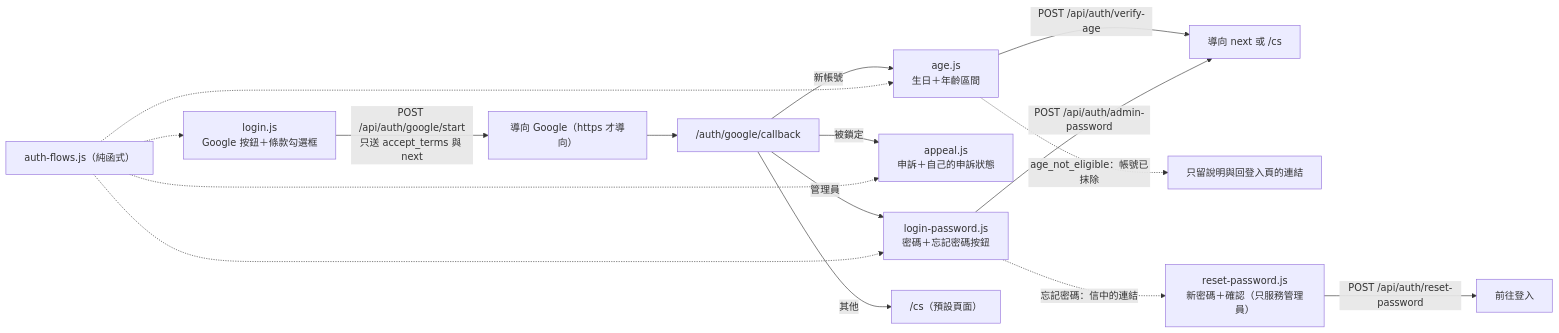
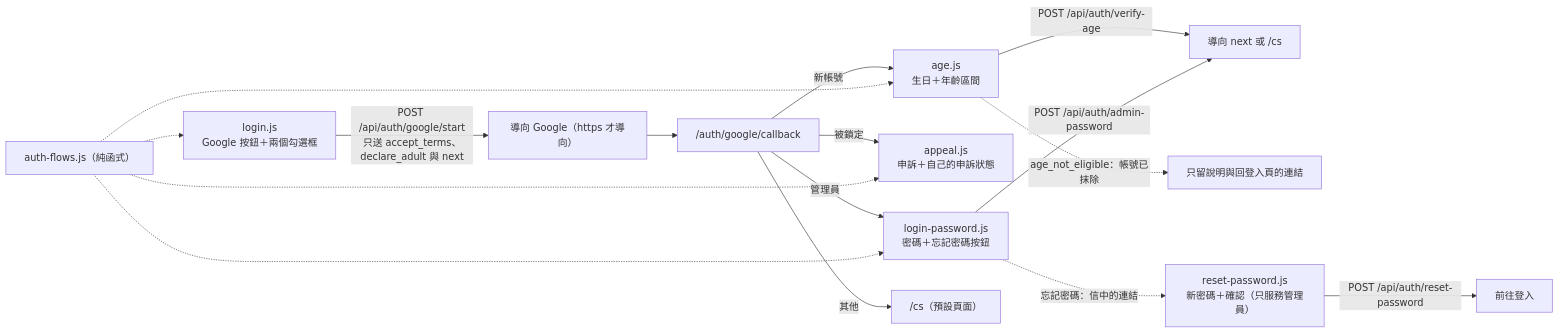
Before and after one commit to pp466pp466/R.A.C: the fourth of 12 diagrams in docs/前端結構-frontend.md, drawn with Mermaid. The commit also changed other lines of this file and 8 other files, not shown here.

````diff
--- a/docs/前端結構-frontend.md
+++ b/docs/前端結構-frontend.md
@@ -91,18 +92,18 @@
 ```mermaid
 flowchart LR
-    Login["login.js<br/>Google 按鈕＋條款勾選框"] -->|"POST /api/auth/google/start<br/>只送 accept_terms 與 next"| Provider["導向 Google（https 才導向）"]
+    Login["login.js<br/>Google 按鈕＋兩個勾選框"] -->|"POST /api/auth/google/start<br/>只送 accept_terms、declare_adult 與 next"| Provider["導向 Google（https 才導向）"]
     Provider --> Callback["/auth/google/callback"]
     Callback -->|"新帳號"| Age["age.js<br/>生日＋年齡區間"]
     Callback -->|"被鎖定"| Appeal["appeal.js<br/>申訴＋自己的申訴狀態"]
     Callback -->|"管理員"| Pw["login-password.js<br/>密碼＋忘記密碼按鈕"]
     Callback -->|"其他"| Cs["/cs（預設頁面）"]
     Age -->|"POST /api/auth/verify-age"| Done["導向 next 或 /cs"]
     Age -.->|"age_not_eligible：帳號已抹除"| Final["只留說明與回登入頁的連結"]
     Pw -->|"POST /api/auth/admin-password"| Done
     Pw -.->|"忘記密碼：信中的連結"| Reset["reset-password.js<br/>新密碼＋確認（只服務管理員）"]
     Reset -->|"POST /api/auth/reset-password"| Back["前往登入"]
     Flows["auth-flows.js（純函式）"] -.-> Login
     Flows -.-> Age
     Flows -.-> Appeal
     Flows -.-> Pw
 ```
````
